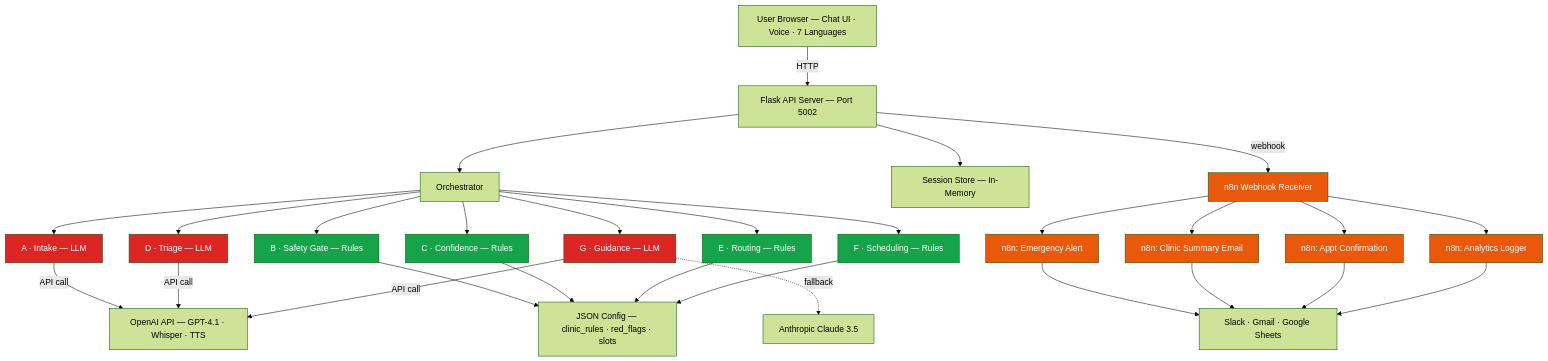
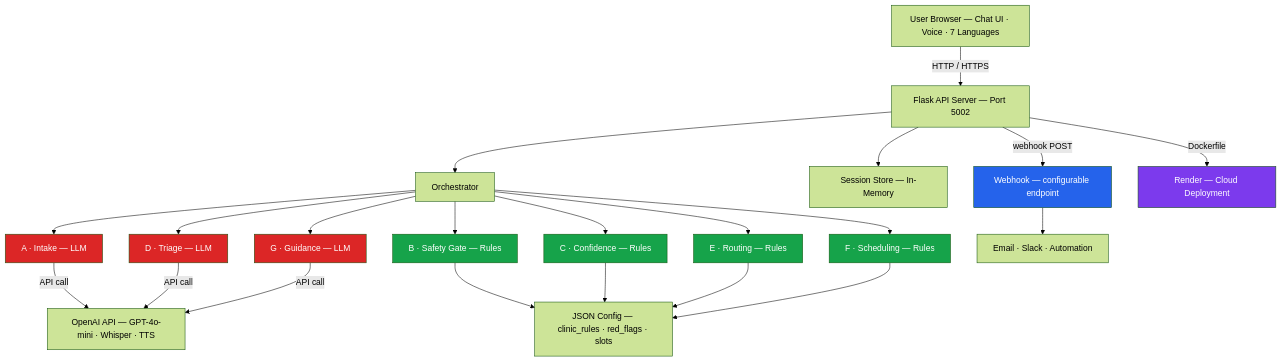
The first of 3 diagrams in README.md (turaab97/petcare-agentic-system), drawn with Mermaid (forest theme) before and after one commit. The commit also changed other lines of this file and 3 other files, not shown here.

First line of the commit message:
docs: remove n8n from architecture, update for Render deployment

````diff
--- a/README.md
+++ b/README.md
@@ -102,50 +102,40 @@
 ```mermaid
 graph TD
     BROWSER["User Browser — Chat UI · Voice · 7 Languages"]
 
-    BROWSER -->|HTTP| FLASK["Flask API Server — Port 5002"]
+    BROWSER -->|HTTP / HTTPS| FLASK["Flask API Server — Port 5002"]
     FLASK --> ORCH["Orchestrator"]
     FLASK --> SESSION["Session Store — In-Memory"]
-    FLASK -->|webhook| N8N_IN["n8n Webhook Receiver"]
 
     ORCH --> A["A · Intake — LLM"]
     ORCH --> B["B · Safety Gate — Rules"]
     ORCH --> CC["C · Confidence — Rules"]
     ORCH --> D["D · Triage — LLM"]
     ORCH --> E["E · Routing — Rules"]
     ORCH --> FF["F · Scheduling — Rules"]
     ORCH --> GA["G · Guidance — LLM"]
 
-    A -->|API call| OPENAI["OpenAI API — GPT-4.1 · Whisper · TTS"]
+    A -->|API call| OPENAI["OpenAI API — GPT-4o-mini · Whisper · TTS"]
     D -->|API call| OPENAI
     GA -->|API call| OPENAI
-    GA -.->|fallback| CLAUDE["Anthropic Claude 3.5"]
 
     B --> DATA["JSON Config — clinic_rules · red_flags · slots"]
     CC --> DATA
     E --> DATA
     FF --> DATA
 
-    N8N_IN --> W1["n8n: Emergency Alert"]
-    N8N_IN --> W2["n8n: Clinic Summary Email"]
-    N8N_IN --> W3["n8n: Appt Confirmation"]
-    N8N_IN --> W4["n8n: Analytics Logger"]
+    FLASK -->|webhook POST| WH["Webhook — configurable endpoint"]
+    WH --> SVC["Email · Slack · Automation"]
 
-    W1 --> SVC["Slack · Gmail · Google Sheets"]
-    W2 --> SVC
-    W3 --> SVC
-    W4 --> SVC
+    FLASK -->|Dockerfile| RENDER["Render — Cloud Deployment"]
 
     style A fill:#dc2626,color:#fff
     style D fill:#dc2626,color:#fff
     style GA fill:#dc2626,color:#fff
     style B fill:#16a34a,color:#fff
     style CC fill:#16a34a,color:#fff
     style E fill:#16a34a,color:#fff
     style FF fill:#16a34a,color:#fff
-    style N8N_IN fill:#ea580c,color:#fff
-    style W1 fill:#ea580c,color:#fff
-    style W2 fill:#ea580c,color:#fff
-    style W3 fill:#ea580c,color:#fff
-    style W4 fill:#ea580c,color:#fff
+    style WH fill:#2563eb,color:#fff
+    style RENDER fill:#7c3aed,color:#fff
 ```
````
